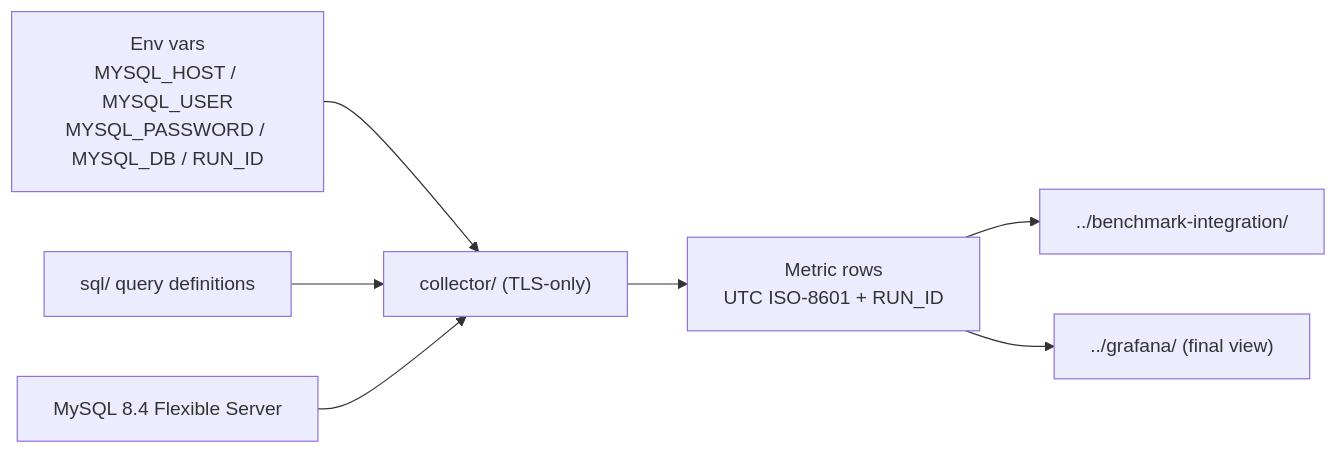
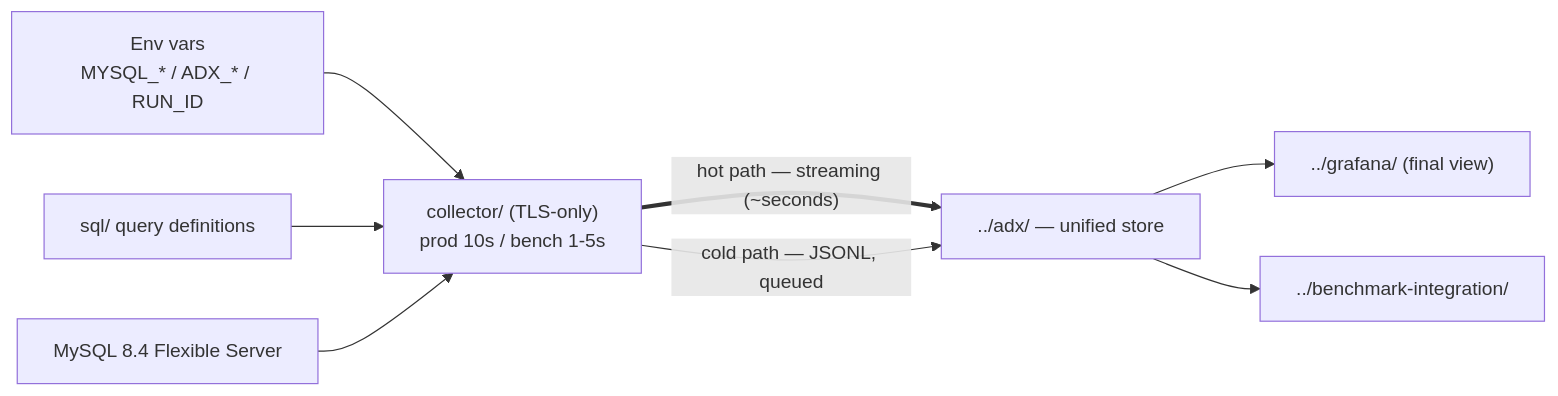
Before and after one commit to DalBamS/azure-mysql-monitoring: the diagram in mysql-internal/README.md, drawn with Mermaid. The commit also changed other lines of this file and 19 other files, not shown here.

First line of the commit message:
Add Azure Data Explorer as the unified telemetry store

````diff
--- a/mysql-internal/README.md
+++ b/mysql-internal/README.md
@@ -22,9 +29,12 @@
 ```mermaid
 flowchart LR
-    ENV["Env vars<br/>MYSQL_HOST / MYSQL_USER<br/>MYSQL_PASSWORD / MYSQL_DB / RUN_ID"] --> COL
-    SQL["sql/ query definitions"] --> COL["collector/ (TLS-only)"]
+    ENV["Env vars<br/>MYSQL_* / ADX_* / RUN_ID"] --> COL
+    SQL["sql/ query definitions"] --> COL["collector/ (TLS-only)<br/>prod 10s / bench 1-5s"]
     SRV["MySQL 8.4 Flexible Server"] --> COL
-    COL --> OUT["Metric rows<br/>UTC ISO-8601 + RUN_ID"]
-    OUT --> BI["../benchmark-integration/"]
-    OUT --> GF["../grafana/ (final view)"]
+
+    COL ==> |"hot path — streaming (~seconds)"| ADX["../adx/ — unified store"]
+    COL --> |"cold path — JSONL, queued"| ADX
+
+    ADX --> GF["../grafana/ (final view)"]
+    ADX --> BI["../benchmark-integration/"]
 ```
````
